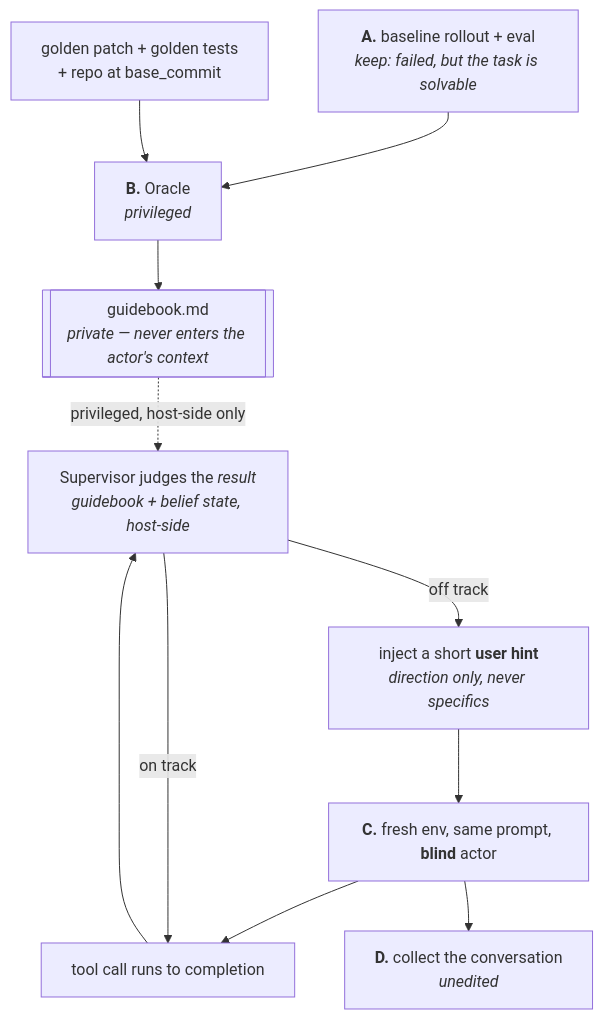
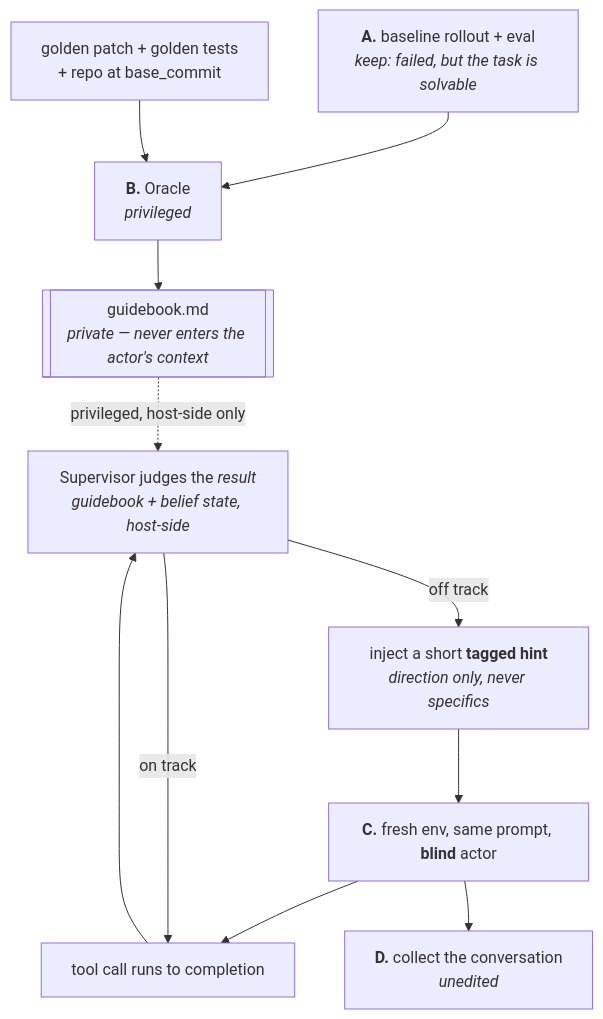
Before and after one commit to Luolc/swe-lab: the diagram in docs/trace-synthesis/spec.md, drawn with Mermaid. The commit also changed other lines of this file and 346 other files, not shown here.

````diff
--- a/docs/trace-synthesis/spec.md
+++ b/docs/trace-synthesis/spec.md
@@ -71,21 +72,21 @@
 ```mermaid
 flowchart TD
   A["<b>A.</b> baseline rollout + eval<br/><i>keep: failed, but the task is solvable</i>"]
   G["golden patch + golden tests<br/>+ repo at base_commit"]
   B["<b>B.</b> Oracle<br/><i>privileged</i>"]
   GB[["guidebook.md<br/><i>private — never enters the actor's context</i>"]]
   C["<b>C.</b> fresh env, same prompt, <b>blind</b> actor"]
   T["tool call runs to completion"]
   S["Supervisor judges the <i>result</i><br/><i>guidebook + belief state, host-side</i>"]
-  H["inject a short <b>user hint</b><br/><i>direction only, never specifics</i>"]
+  H["inject a short <b>tagged hint</b><br/><i>direction only, never specifics</i>"]
   D["<b>D.</b> collect the conversation<br/><i>unedited</i>"]
 
   A --> B
   G --> B
   B --> GB
   GB -.privileged, host-side only.-> S
   C --> T --> S
   S -->|on track| T
   S -->|off track| H --> C
   C --> D
 ```
````
